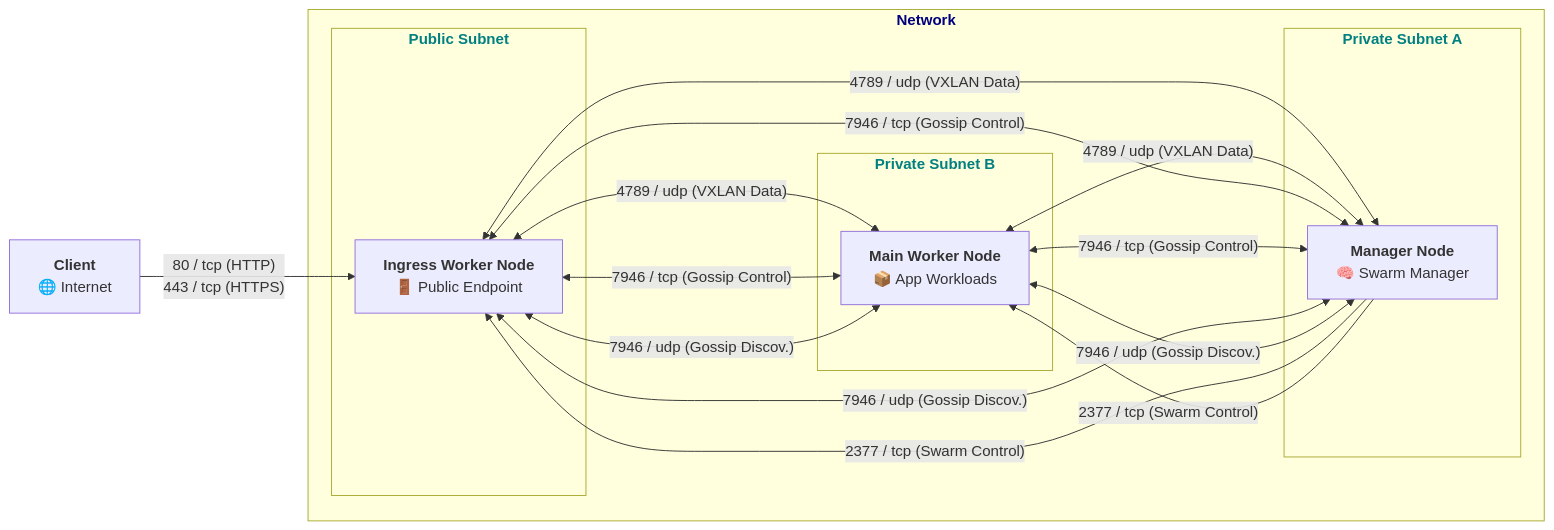
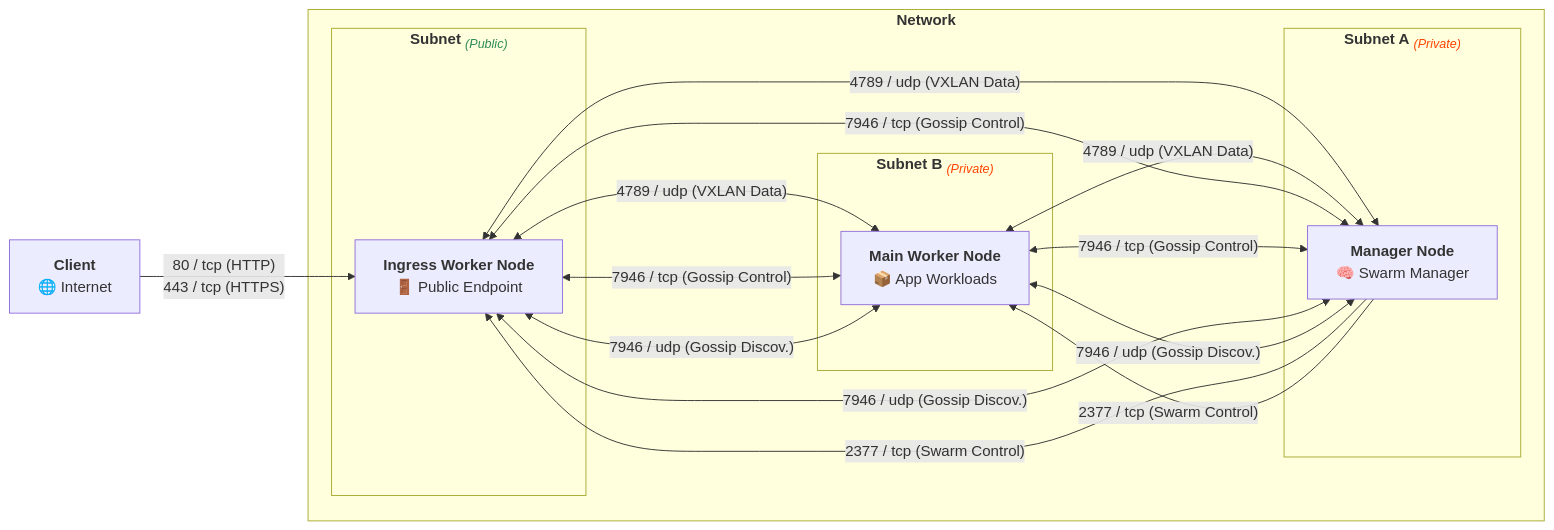
Before and after one commit to cloud-skeleton/prerequisites: the diagram in README.md, drawn with Mermaid.

````diff
--- a/README.md
+++ b/README.md
@@ -38,43 +38,43 @@
 ```mermaid
 graph LR
 
   external_client["<b>Client</b><br>🌐 Internet"]
 
-  subgraph "<b style='color:navy'>Network</b>"
+  subgraph "<b>Network</b>"
 
-    subgraph "<b style='color:teal'>Public Subnet</b>"
+    subgraph "<b>Subnet</b> <sub style='color:seagreen'><i>(Public)</i></sub>"
       ingress["<b>Ingress Worker Node</b><br>🚪 Public Endpoint"]
     end
 
-    subgraph "<b style='color:teal'>Private Subnet A</b>"
+    subgraph "<b>Subnet A</b> <sub style='color:orangered'><i>(Private)</i>"
       manager["<b>Manager Node</b><br>🧠 Swarm Manager"]
     end
 
-    subgraph "<b style='color:teal'>Private Subnet B</b>"
+    subgraph "<b>Subnet B</b> <sub style='color:orangered'><i>(Private)</i>"
       worker["<b>Main Worker Node</b><br>📦 App Workloads"]
     end
 
   end
 
   %% External access
   external_client -->|"80 / tcp (HTTP)<br>443 / tcp (HTTPS)"| ingress
 
   %% Overlay network (VXLAN)
   ingress <-->|"4789 / udp (VXLAN Data)"| worker
   ingress <-->|"4789 / udp (VXLAN Data)"| manager
   worker <-->|"4789 / udp (VXLAN Data)"| manager
 
   %% Swarm management (one-way)
   manager -->|"2377 / tcp (Swarm Control)"| ingress
   manager -->|"2377 / tcp (Swarm Control)"| worker
 
   %% Gossip - TCP
   ingress <-->|"7946 / tcp (Gossip Control)"| manager
   worker <-->|"7946 / tcp (Gossip Control)"| manager
   worker <-->|"7946 / tcp (Gossip Control)"| ingress
 
   %% Gossip - UDP
   ingress <-->|"7946 / udp (Gossip Discov.)"| manager
   worker <-->|"7946 / udp (Gossip Discov.)"| manager
   worker <-->|"7946 / udp (Gossip Discov.)"| ingress
 ```
````
